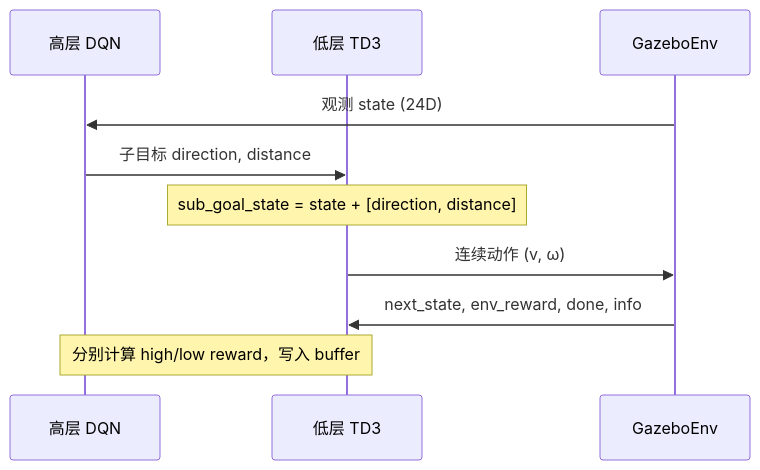
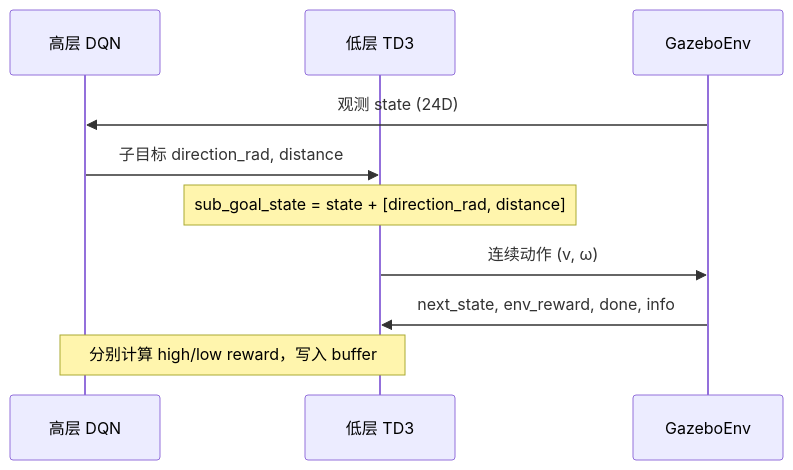
Before and after one commit to MayaCHEN-github/HierarchicalRL-robot-navigation: the diagram in repo-docs/modules/hierarchical-rl.md, drawn with Mermaid. The commit also changed other lines of this file and 7 other files, not shown here.

````diff
--- a/repo-docs/modules/hierarchical-rl.md
+++ b/repo-docs/modules/hierarchical-rl.md
@@ -33,13 +33,13 @@
 ```mermaid
 sequenceDiagram
     participant H as 高层 DQN
     participant L as 低层 TD3
     participant E as GazeboEnv
 
     E->>H: 观测 state (24D)
-    H->>L: 子目标 direction, distance
-    Note over L: sub_goal_state = state + [direction, distance]
+    H->>L: 子目标 direction_rad, distance
+    Note over L: sub_goal_state = state + [direction_rad, distance]
     L->>E: 连续动作 (v, ω)
     E->>L: next_state, env_reward, done, info
     Note over H,L: 分别计算 high/low reward，写入 buffer
 ```
````
